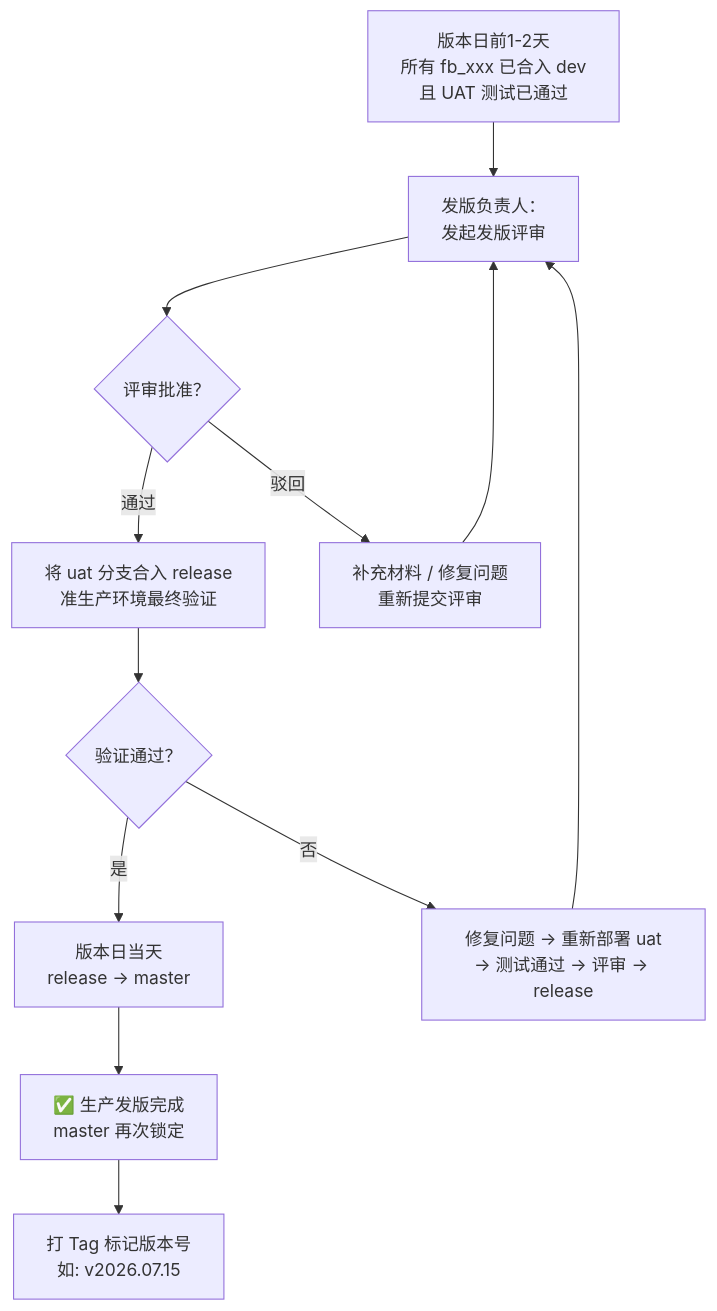
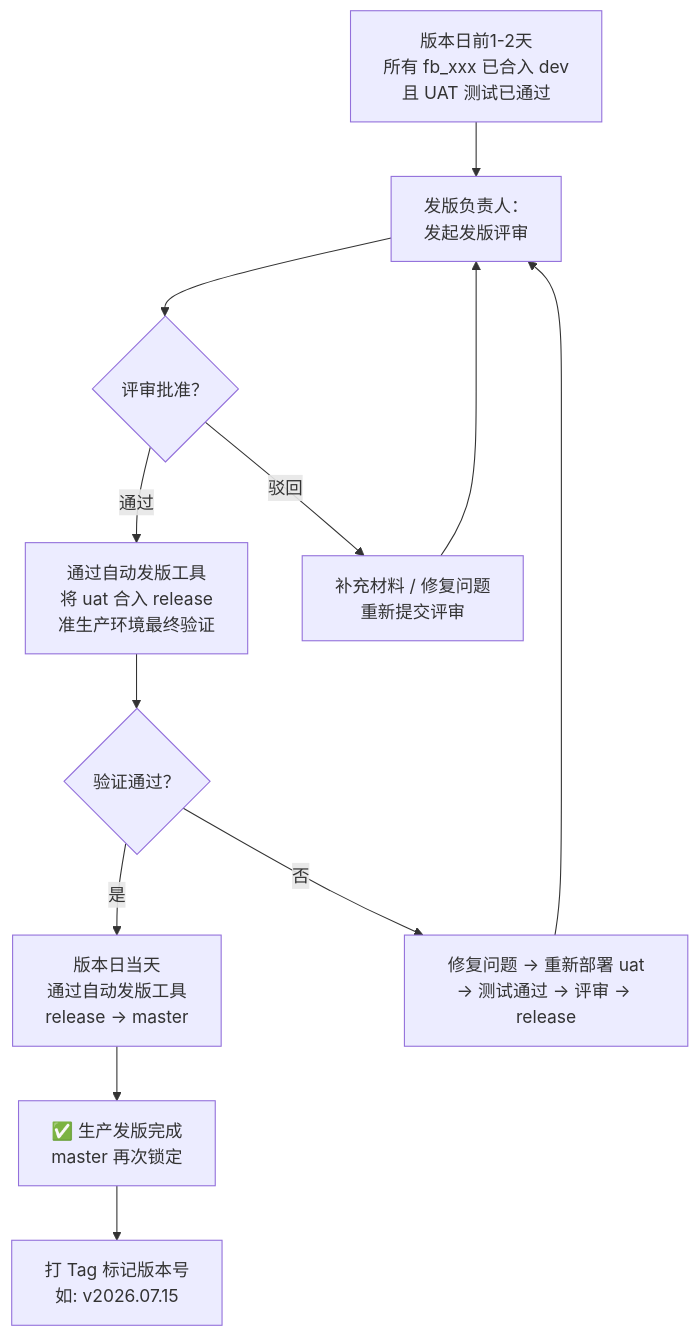
The tenth of 19 diagrams in docs/learn/VSCodeEx/2026-07-11-vscode-git-guide.md (livebug/vpblogs), drawn with Mermaid before and after one commit. The commit also changed other lines of this file, not shown here.

Commit message:
docs: VSCodeEx - 时序图与流程图中标注自动发版工具

````diff
--- a/docs/learn/VSCodeEx/2026-07-11-vscode-git-guide.md
+++ b/docs/learn/VSCodeEx/2026-07-11-vscode-git-guide.md
@@ -441,14 +441,14 @@
 ```mermaid
 flowchart TD
     A["版本日前1-2天<br/>所有 fb_xxx 已合入 dev<br/>且 UAT 测试已通过"] --> B["发版负责人：<br/>发起发版评审"]
     B --> C{"评审批准？"}
-    C -->|"通过"| D["将 uat 分支合入 release<br/>准生产环境最终验证"]
+    C -->|"通过"| D["通过自动发版工具<br/>将 uat 合入 release<br/>准生产环境最终验证"]
     C -->|"驳回"| E["补充材料 / 修复问题<br/>重新提交评审"]
     E --> B
     D --> F{"验证通过？"}
-    F -->|"是"| G["版本日当天<br/>release → master"]
+    F -->|"是"| G["版本日当天<br/>通过自动发版工具<br/>release → master"]
     F -->|"否"| H["修复问题 → 重新部署 uat<br/>→ 测试通过 → 评审 → release"]
     H --> B
     G --> I["✅ 生产发版完成<br/>master 再次锁定"]
     I --> J["打 Tag 标记版本号<br/>如: v2026.07.15"]
 ```
````
